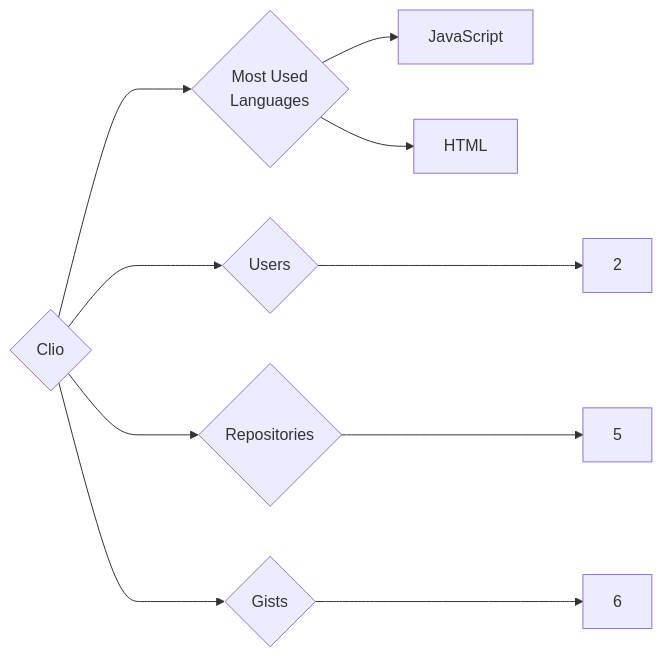
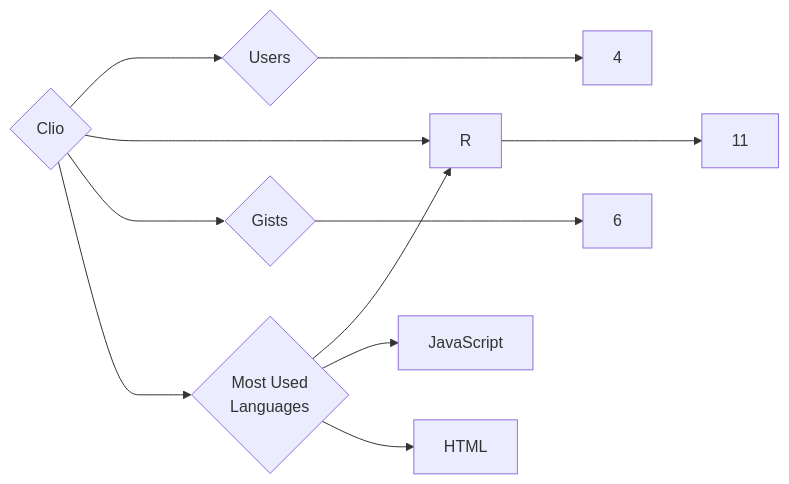
Before and after one commit to trickest/insiders: the diagram in targets/Clio/README.md, drawn with Mermaid. The commit also changed 938 other files, not shown here.

````diff
--- a/targets/Clio/README.md
+++ b/targets/Clio/README.md
@@ -3,10 +3,11 @@
 ```mermaid
 graph LR
 COMPANY_NAME{Clio}
-COMPANY_NAME ---> U{Users} ---> UN[2]
-COMPANY_NAME ---> R{Repositories} ---> RN[5]
+COMPANY_NAME ---> U{Users} ---> UN[4]
+COMPANY_NAME ---> R{Repositories} ---> RN[11]
 COMPANY_NAME ---> G{Gists} ---> GN[6]
 COMPANY_NAME ---> ML{Most Used<br>Languages}
+ML --> R[R]
 ML --> JavaScript[JavaScript]
 ML --> HTML[HTML]
 ```
````
